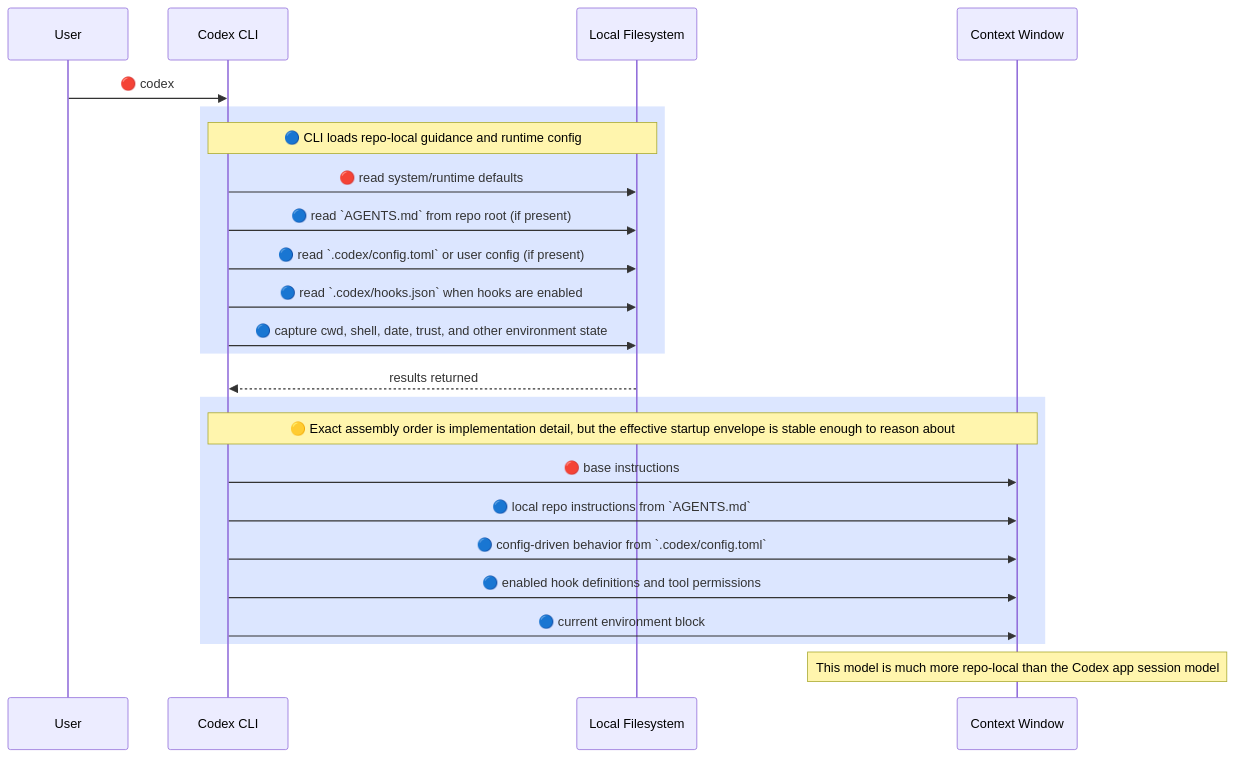
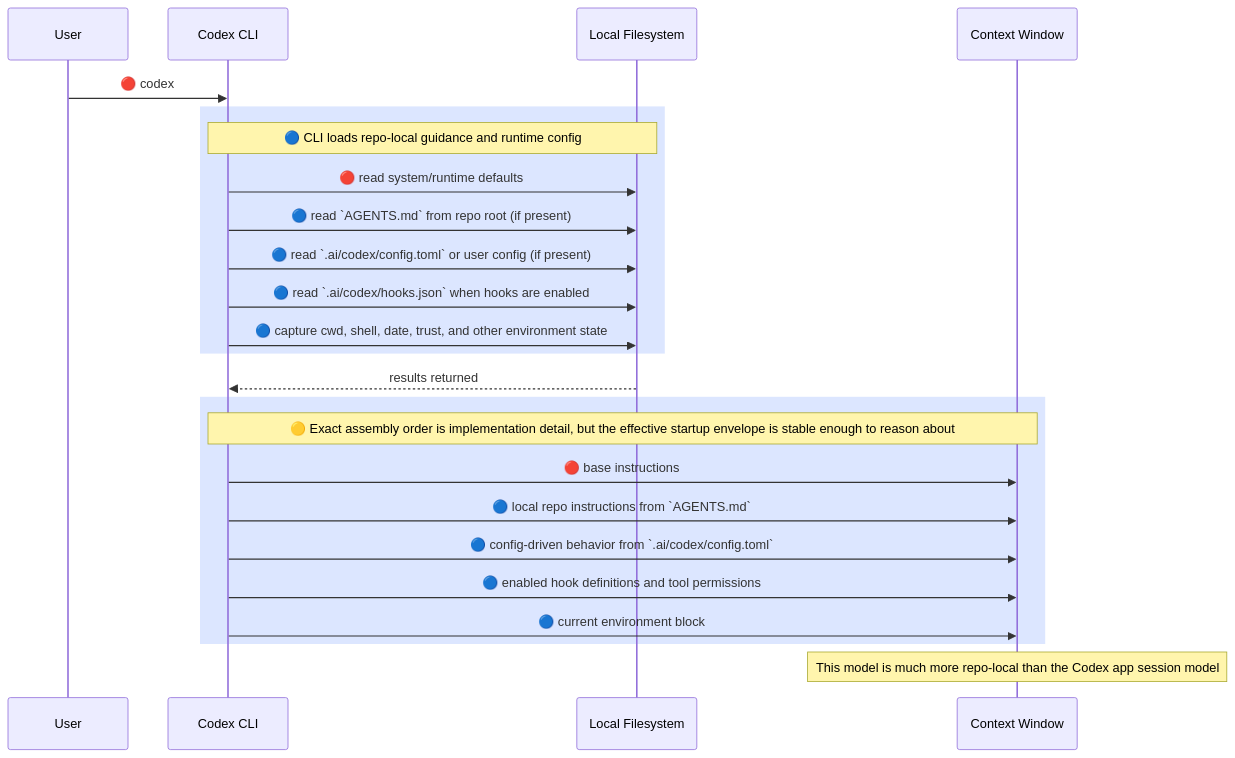
The second of 3 diagrams in docs/reference/context-models/codex-cli-context-map.md (Prasad-Apparaju/hitl-dev-platform), drawn with Mermaid before and after one commit. The commit also changed other lines of this file and 170 other files, not shown here.

````diff
--- a/docs/reference/context-models/codex-cli-context-map.md
+++ b/docs/reference/context-models/codex-cli-context-map.md
@@ -41,31 +41,31 @@
 ```mermaid
 sequenceDiagram
     participant User
     participant CLI as Codex CLI
     participant FS as Local Filesystem
     participant Ctx as Context Window
 
     User->>CLI: 🔴 codex
 
     rect rgb(220, 230, 255)
         Note over CLI,FS: 🔵 CLI loads repo-local guidance and runtime config
         CLI->>FS: 🔴 read system/runtime defaults
         CLI->>FS: 🔵 read `AGENTS.md` from repo root (if present)
-        CLI->>FS: 🔵 read `.codex/config.toml` or user config (if present)
-        CLI->>FS: 🔵 read `.codex/hooks.json` when hooks are enabled
+        CLI->>FS: 🔵 read `.ai/codex/config.toml` or user config (if present)
+        CLI->>FS: 🔵 read `.ai/codex/hooks.json` when hooks are enabled
         CLI->>FS: 🔵 capture cwd, shell, date, trust, and other environment state
     end
 
     FS-->>CLI: results returned
 
     rect rgb(220, 230, 255)
         Note over CLI,Ctx: 🟡 Exact assembly order is implementation detail, but the effective startup envelope is stable enough to reason about
         CLI->>Ctx: 🔴 base instructions
         CLI->>Ctx: 🔵 local repo instructions from `AGENTS.md`
-        CLI->>Ctx: 🔵 config-driven behavior from `.codex/config.toml`
+        CLI->>Ctx: 🔵 config-driven behavior from `.ai/codex/config.toml`
         CLI->>Ctx: 🔵 enabled hook definitions and tool permissions
         CLI->>Ctx: 🔵 current environment block
     end
 
     Note over Ctx: This model is much more repo-local than the Codex app session model
 ```
````
